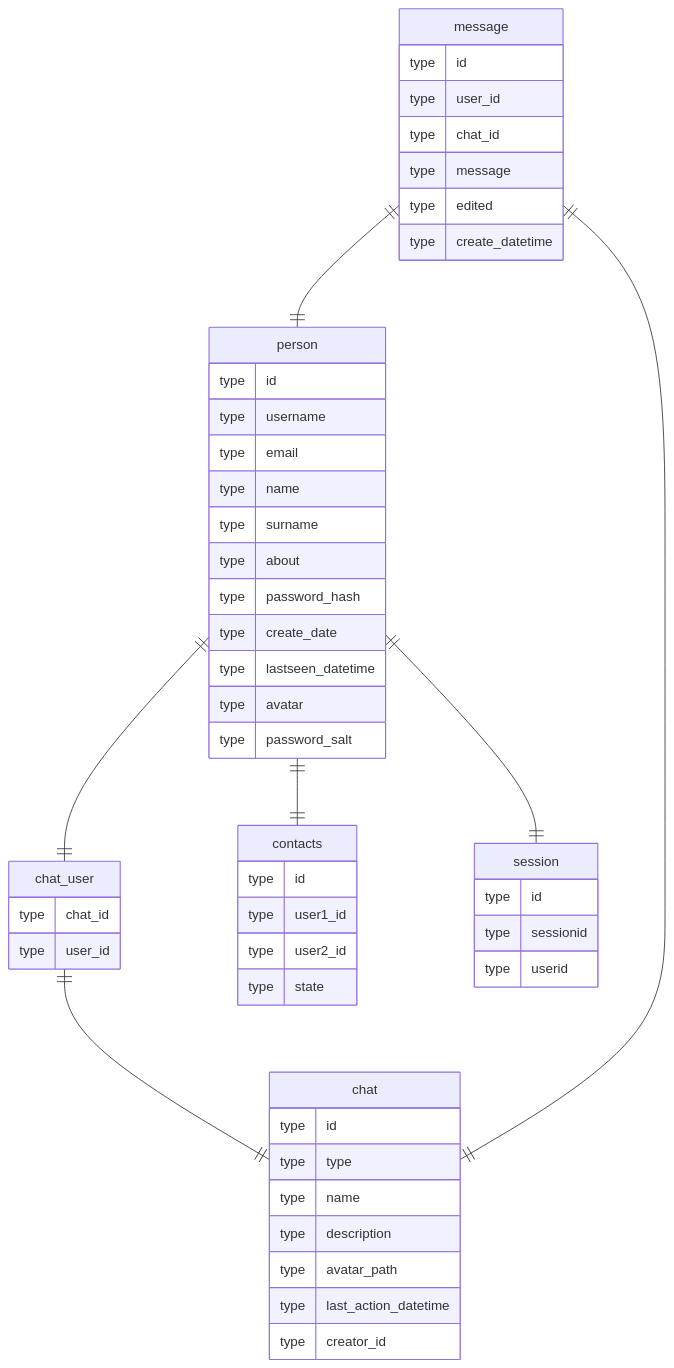
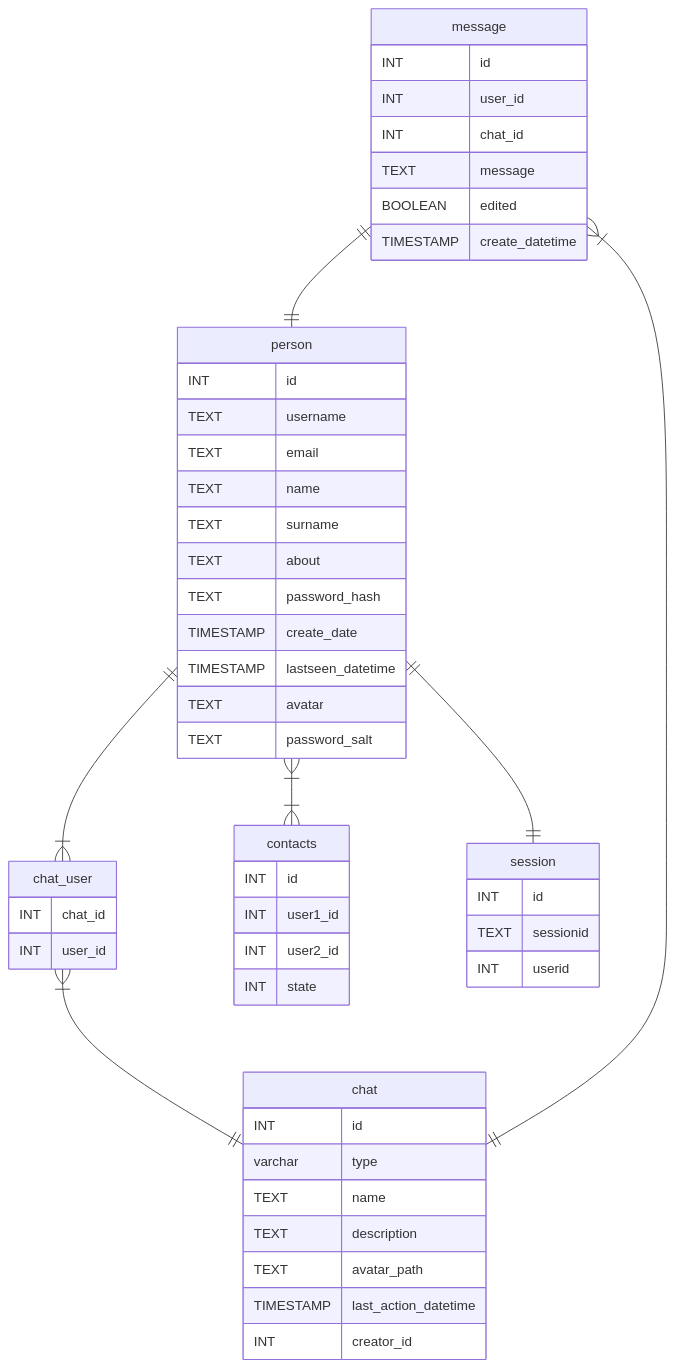
The diagram in db/normalized/relations.md (go-park-mail-ru/2024_1_commandName), drawn with Mermaid before and after one commit.

Commit message:
Fix er diagram

````diff
--- a/db/normalized/relations.md
+++ b/db/normalized/relations.md
@@ -22,59 +22,59 @@
 ```mermaid
 erDiagram
     person {
-        type id
-        type username
-        type email
-        type name
-        type surname
-        type about
-        type password_hash
-        type create_date
-        type lastseen_datetime
-        type avatar
-        type password_salt
+        INT id
+        TEXT username
+        TEXT email
+        TEXT name
+        TEXT surname
+        TEXT about
+        TEXT password_hash
+        TIMESTAMP create_date
+        TIMESTAMP lastseen_datetime
+        TEXT avatar
+        TEXT password_salt
     }
     
     chat {
-        type id
-        type type
-        type name
-        type description
-        type avatar_path
-        type last_action_datetime
-        type creator_id
+        INT id          
+        varchar type        
+        TEXT name        
+        TEXT description 
+        TEXT avatar_path 
+        TIMESTAMP last_action_datetime 
+        INT creator_id  
     }
     
     chat_user {
-        type chat_id
-        type user_id
+        INT chat_id
+        INT user_id
     }
     
     message {
-        type id  
-        type user_id
-        type chat_id
-        type message
-        type edited
-        type create_datetime
+        INT id
+        INT user_id
+        INT chat_id
+        TEXT message
+        BOOLEAN edited
+        TIMESTAMP create_datetime
     }
     contacts {
-        type id
-        type user1_id
-        type user2_id
-        type state
+        INT id              
+        INT user1_id 
+        INT user2_id 
+        INT state 
     }
     
     session {
-        type id
-        type sessionid
-        type userid
+        INT id
+        TEXT sessionid
+        INT userid
     }
     
-     person ||--|| chat_user : ""
-     chat_user ||--|| chat : ""
-     message ||--|| chat : ""
+     person ||--|{ chat_user : ""
+     chat_user }|--|| chat : ""
+     message }|--|| chat : ""
      message ||--|| person : ""
-     person ||--|| contacts : ""
+     person }|--|{ contacts : ""
      person ||--|| session : ""
 ```
````
